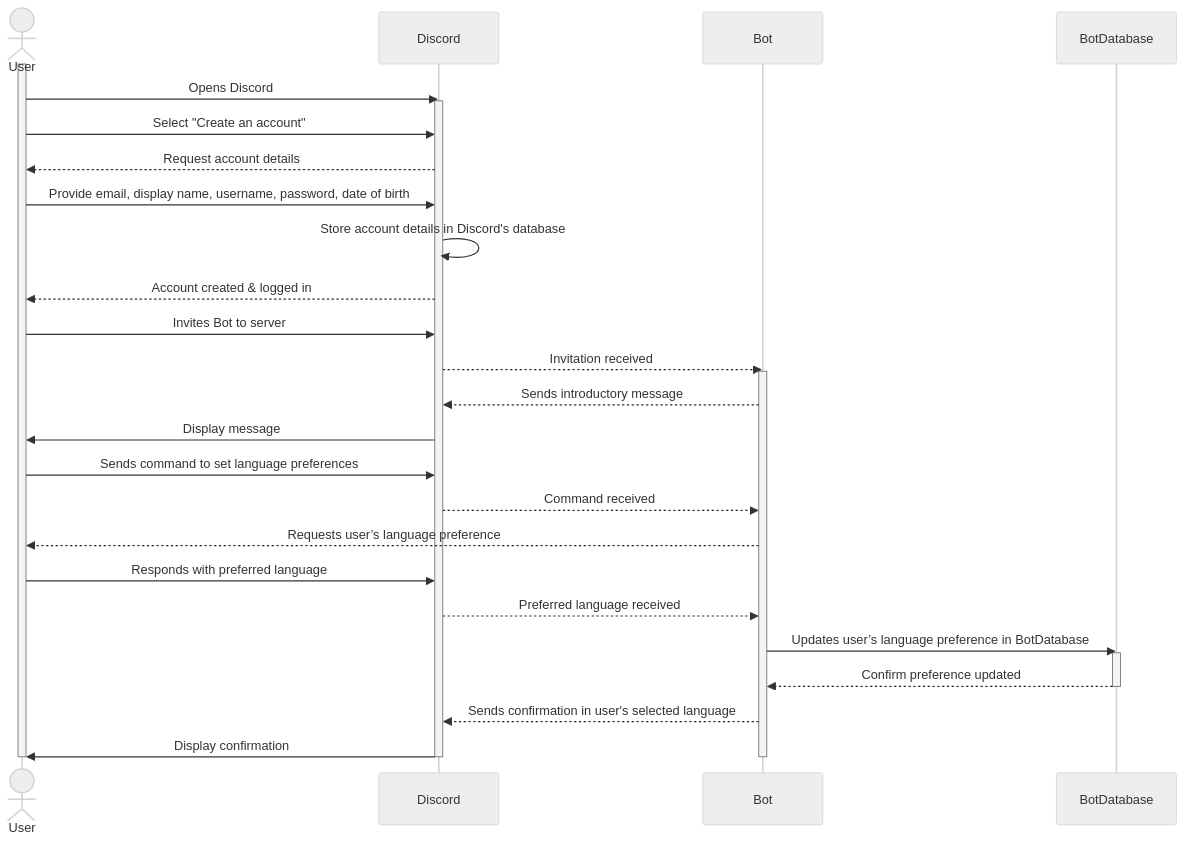
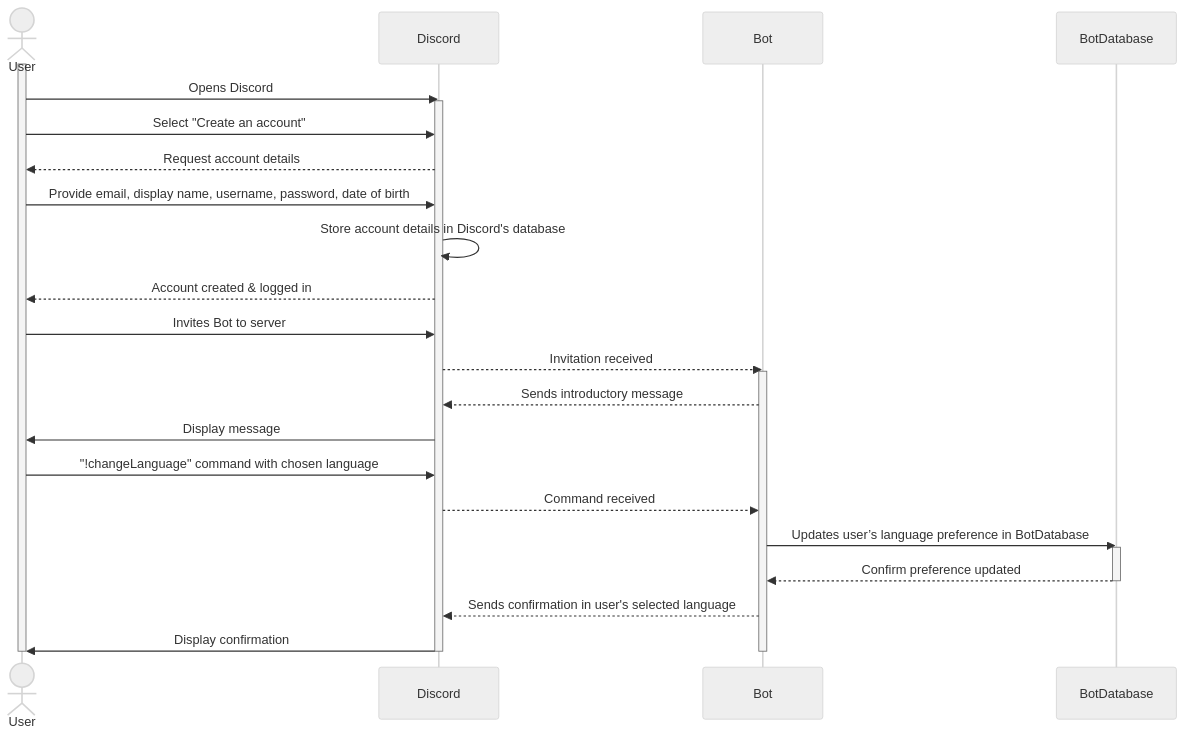
Before and after one commit to Capstone-Projects-2023-Fall/project-language-learning-discord-bot: the first of 6 diagrams in documentation/docs/system-architecture/sequence-diagrams.md, drawn with Mermaid (neutral theme). The commit also changed other lines of this file, not shown here.

First line of the commit message:
Update sequence-diagrams.md

````diff
--- a/documentation/docs/system-architecture/sequence-diagrams.md
+++ b/documentation/docs/system-architecture/sequence-diagrams.md
@@ -7,36 +5,33 @@
 ```mermaid
 sequenceDiagram
     actor U as User
     participant D as Discord
     participant B as Bot
     participant DB as BotDatabase
 
     activate U
     U->>D: Opens Discord
     activate D
     U->>D: Select "Create an account"
     D-->>U: Request account details
     U->>D: Provide email, display name, username, password, date of birth
     D->>D: Store account details in Discord's database
     D-->>U: Account created & logged in
     U->>D: Invites Bot to server
     D-->>B: Invitation received
     activate B
     B-->>D: Sends introductory message
     D->>U: Display message
-    U->>D: Sends command to set language preferences
+    U->>D: "!changeLanguage" command with chosen language
     D-->>B: Command received
-    B-->>U: Requests user’s language preference
-    U->>D: Responds with preferred language
-    D-->>B: Preferred language received
     B->>DB: Updates user’s language preference in BotDatabase
     activate DB
     DB-->>B: Confirm preference updated
     deactivate DB
     B-->>D: Sends confirmation in user's selected language
     D->>U: Display confirmation
     deactivate B
     deactivate D
     deactivate U
 
 ```
````
